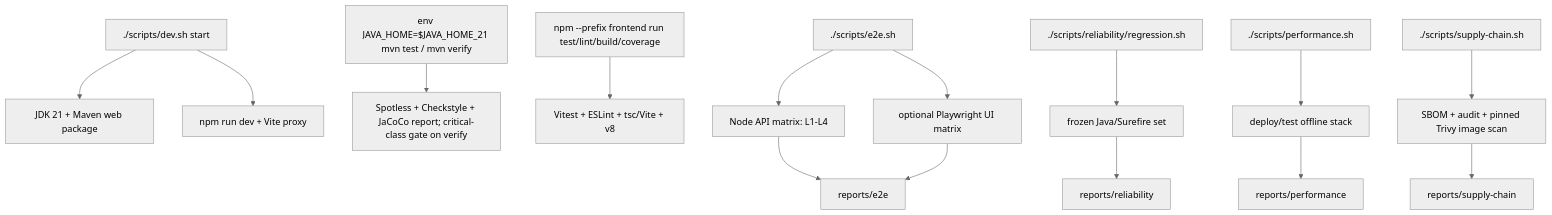
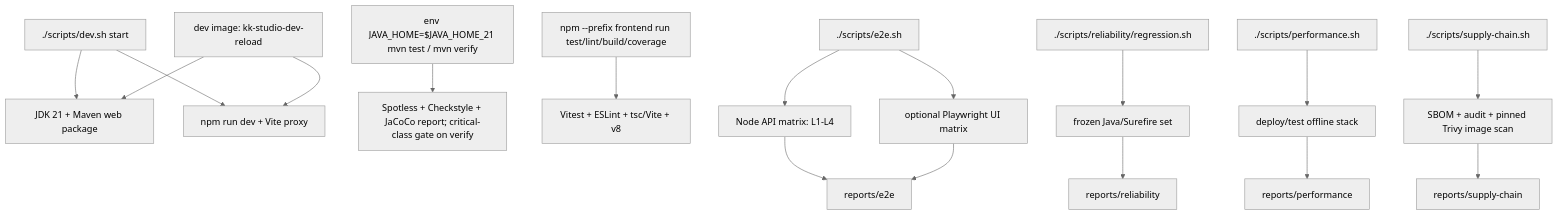
One commit to fengwk/kk-studio changed the diagram in docs/operations/development-and-testing.md. Above: the diagram before and after it, drawn with Mermaid (neutral theme). The commit also changed other lines of this file and 16 other files, not shown here.

Commit message:
feat(deploy): add NAS main and dev node topology

````diff
--- a/docs/operations/development-and-testing.md
+++ b/docs/operations/development-and-testing.md
@@ -28,17 +28,19 @@
 ```mermaid
 flowchart TD
   Dev["./scripts/dev.sh start"] --> DevBackend["JDK 21 + Maven web package"]
   Dev --> DevFrontend["npm run dev + Vite proxy"]
+  DevNode["dev image: kk-studio-dev-reload"] --> DevBackend
+  DevNode --> DevFrontend
   Unit["env JAVA_HOME=$JAVA_HOME_21 mvn test / mvn verify"] --> JavaChecks["Spotless + Checkstyle + JaCoCo report; critical-class gate on verify"]
   Front["npm --prefix frontend run test/lint/build/coverage"] --> FrontChecks["Vitest + ESLint + tsc/Vite + v8"]
   E2E["./scripts/e2e.sh"] --> Matrix["Node API matrix: L1-L4"]
   E2E --> UI["optional Playwright UI matrix"]
   Rel["./scripts/reliability/regression.sh"] --> Surefire["frozen Java/Surefire set"]
   Perf["./scripts/performance.sh"] --> OfflineStack["deploy/test offline stack"]
   Supply["./scripts/supply-chain.sh"] --> Gate["SBOM + audit + pinned Trivy image scan"]
   Matrix --> Reports["reports/e2e"]
   UI --> Reports
   Surefire --> RelReports["reports/reliability"]
   OfflineStack --> PerfReports["reports/performance"]
   Gate --> SupplyReports["reports/supply-chain"]
 ```
````
